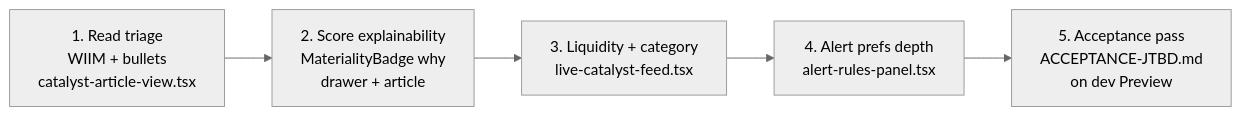
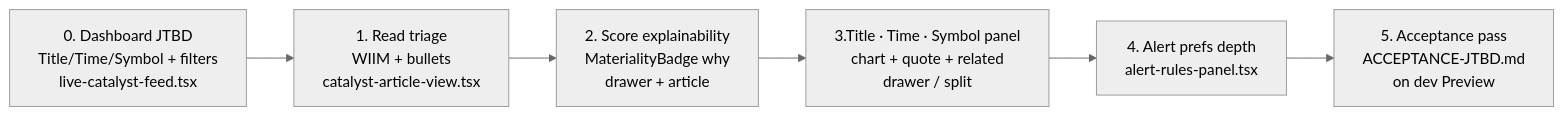
One commit to catalystintel/catalyst-intel changed the tenth of 12 diagrams in docs/research/ENGINEER-UX-FEATURE-ROADMAP-VISUAL.md. Above: the diagram before and after it, drawn with Mermaid (neutral theme). The commit also changed other lines of this file and 2 other files, not shown here.

First line of the commit message:
docs: professionalize dashboard JTBD acceptance criteria

````diff
--- a/docs/research/ENGINEER-UX-FEATURE-ROADMAP-VISUAL.md
+++ b/docs/research/ENGINEER-UX-FEATURE-ROADMAP-VISUAL.md
@@ -379,10 +528,11 @@
 ```mermaid
 flowchart LR
+  T0["0. Dashboard JTBD<br/>Title/Time/Symbol + filters<br/>live-catalyst-feed.tsx"]
   T1["1. Read triage<br/>WIIM + bullets<br/>catalyst-article-view.tsx"]
   T2["2. Score explainability<br/>MaterialityBadge why<br/>drawer + article"]
-  T3["3. Liquidity + category<br/>live-catalyst-feed.tsx"]
+  T3["3.Title · Time · Symbol panel<br/>chart + quote + related<br/>drawer / split"]
   T4["4. Alert prefs depth<br/>alert-rules-panel.tsx"]
   T5["5. Acceptance pass<br/>ACCEPTANCE-JTBD.md<br/>on dev Preview"]
 
-  T1 --> T2 --> T3 --> T4 --> T5
+  T0 --> T1 --> T2 --> T3 --> T4 --> T5
 ```
````
